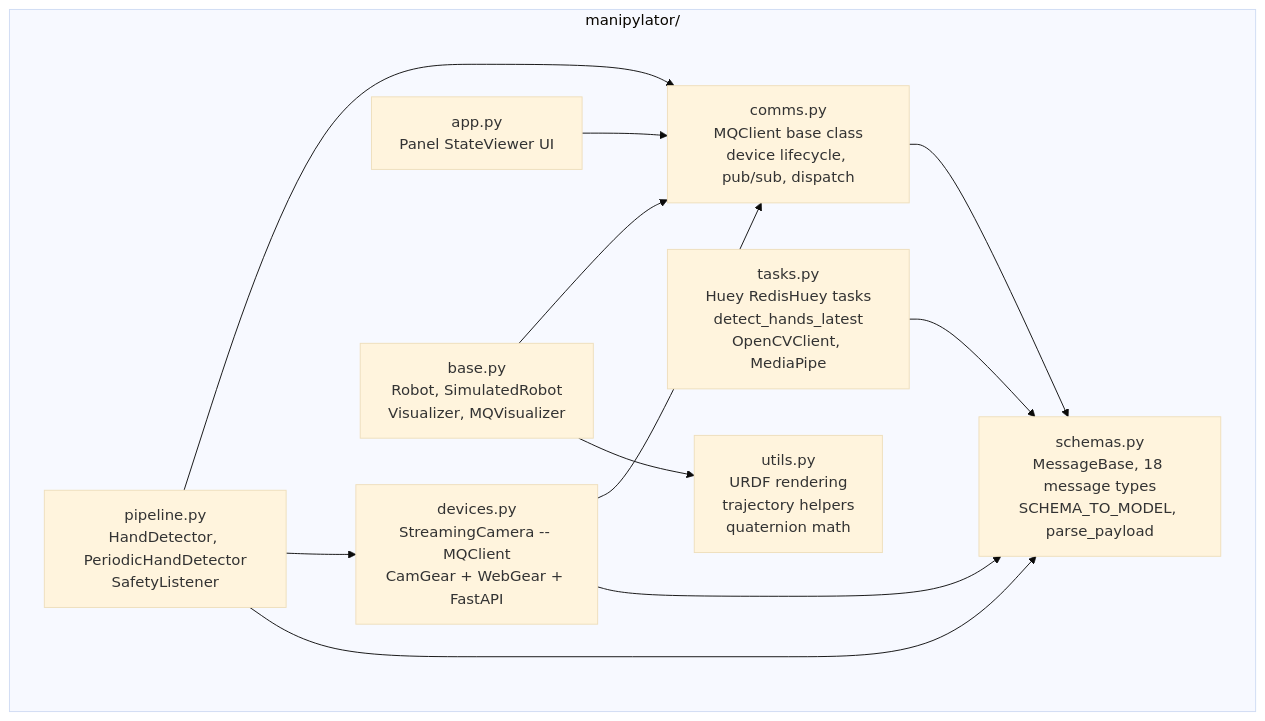
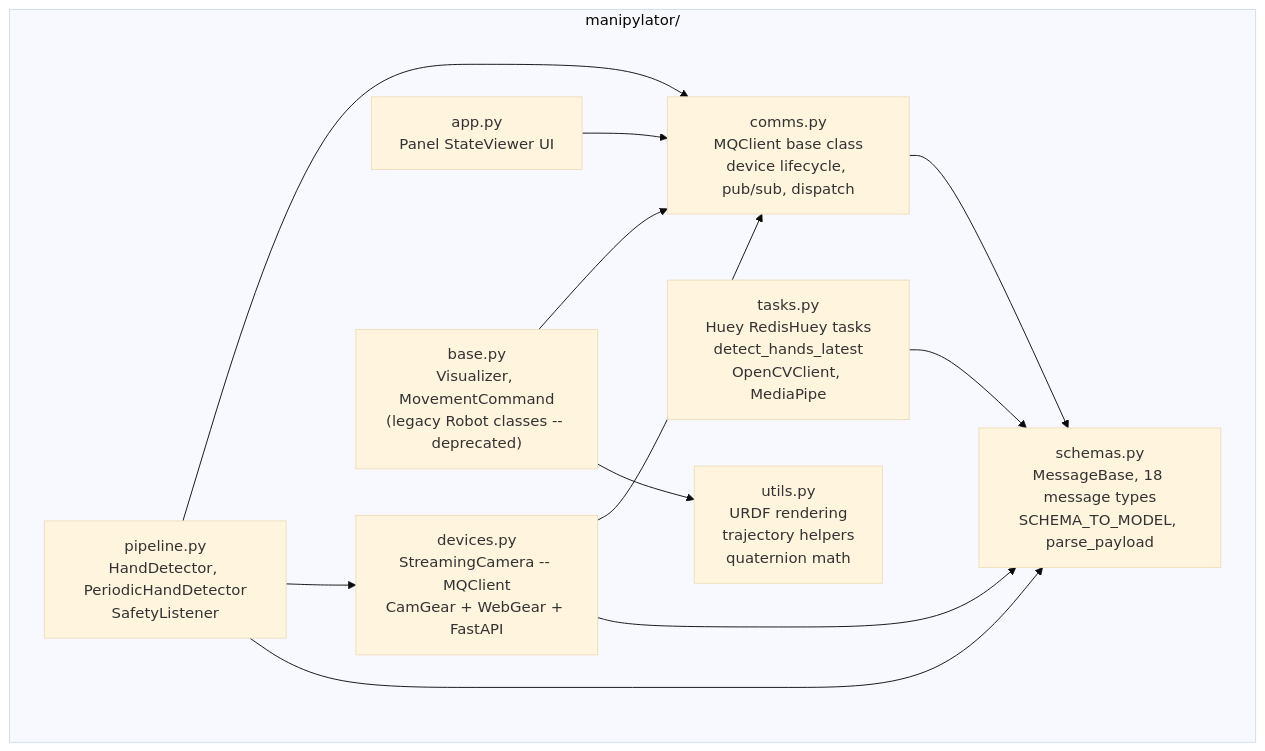
Before and after one commit to leogolds/ManiPylator: the fifth of 6 diagrams in docs/ARCHITECTURE.md, drawn with Mermaid (base theme). The commit also changed other lines of this file and 9 other files, not shown here.

````diff
--- a/docs/ARCHITECTURE.md
+++ b/docs/ARCHITECTURE.md
@@ -303,24 +303,24 @@
 ```mermaid
 graph TD
     subgraph manipylator_pkg ["manipylator/"]
         Schemas["schemas.py<br/>MessageBase, 18 message types<br/>SCHEMA_TO_MODEL, parse_payload"]
         Comms["comms.py<br/>MQClient base class<br/>device lifecycle, pub/sub, dispatch"]
         Devices["devices.py<br/>StreamingCamera -- MQClient<br/>CamGear + WebGear + FastAPI"]
         PipelineMod["pipeline.py<br/>HandDetector, PeriodicHandDetector<br/>SafetyListener"]
         Tasks["tasks.py<br/>Huey RedisHuey tasks<br/>detect_hands_latest<br/>OpenCVClient, MediaPipe"]
         App["app.py<br/>Panel StateViewer UI"]
         Utils["utils.py<br/>URDF rendering<br/>trajectory helpers<br/>quaternion math"]
-        Base["base.py<br/>Robot, SimulatedRobot<br/>Visualizer, MQVisualizer"]
+        Base["base.py<br/>Visualizer, MovementCommand<br/>(legacy Robot classes -- deprecated)"]
     end
 
     Comms --> Schemas
     Devices --> Comms
     Devices --> Schemas
     PipelineMod --> Comms
     PipelineMod --> Devices
     PipelineMod --> Schemas
     Tasks --> Schemas
     App --> Comms
     Base --> Comms
     Base --> Utils
 ```
````
